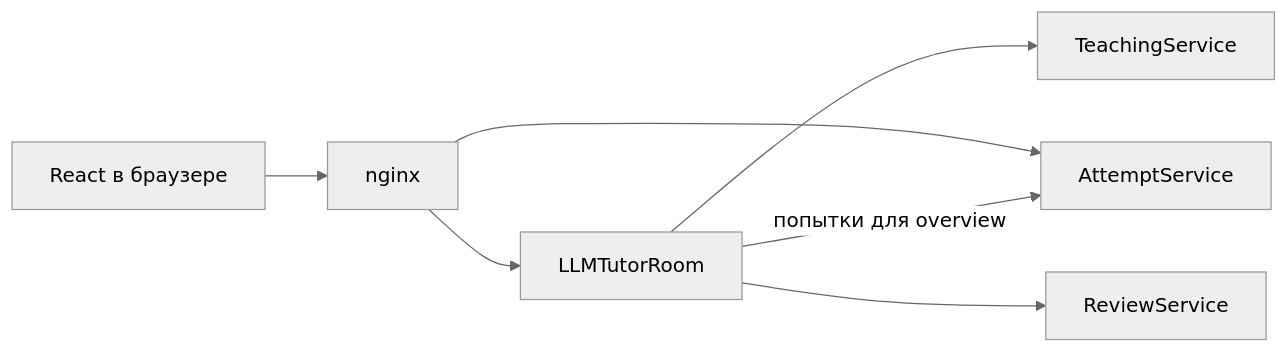
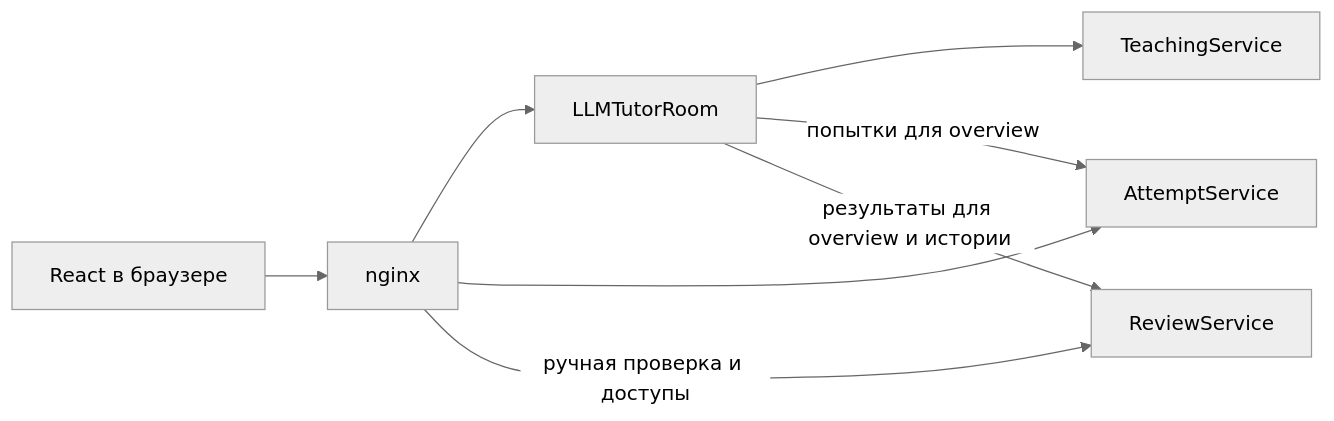
Before and after one commit to KomaMix/LLMTutorRoom: the diagram in docs/llm-tutor-room.md, drawn with Mermaid (neutral theme). The commit also changed other lines of this file and 34 other files, not shown here.

Commit message:
refactor(review): route commands directly to review service

````diff
--- a/docs/llm-tutor-room.md
+++ b/docs/llm-tutor-room.md
@@ -14,9 +13,10 @@
 ```mermaid
 flowchart LR
     Browser[React в браузере] --> Nginx[nginx]
     Nginx --> Room[LLMTutorRoom]
     Nginx --> Attempt[AttemptService]
+    Nginx -->|ручная проверка и доступы| Review[ReviewService]
     Room --> Teaching[TeachingService]
     Room -->|попытки для overview| Attempt
-    Room --> Review[ReviewService]
+    Room -->|результаты для overview и истории| Review
 ```
````
